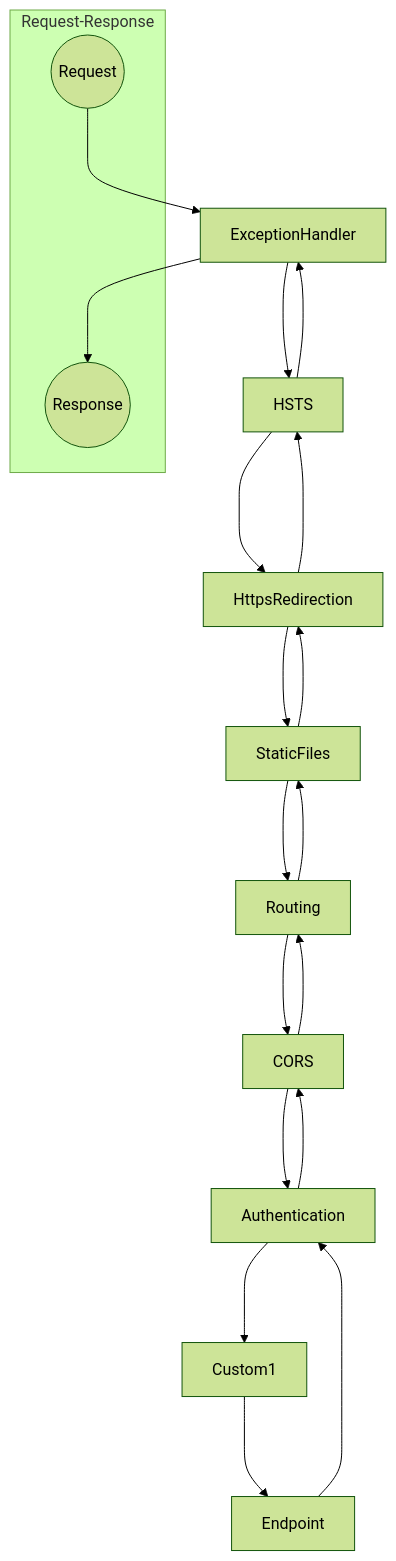
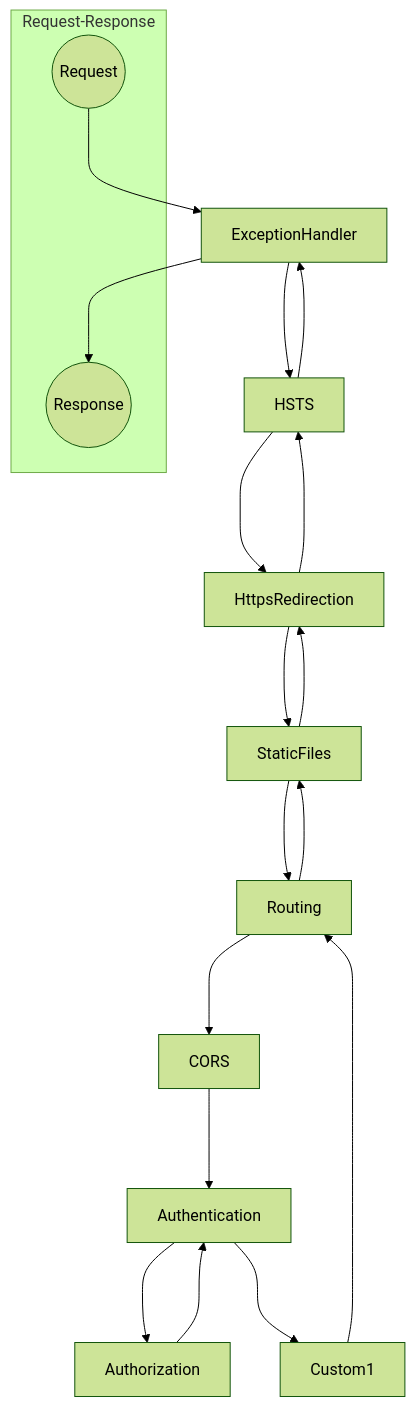
One commit to Rick-Anderson/MiddlewareMermaid changed the diagram in MiddlewareMermaid/d.md. Above: the diagram before and after it, drawn with Mermaid (forest theme).

````diff
--- a/MiddlewareMermaid/d.md
+++ b/MiddlewareMermaid/d.md
@@ -1,28 +1,27 @@
 ```mermaid
 graph TD;
     subgraph Request-Response
         Request((Request))
         Response((Response))
     end
     Request--->ExceptionHandler
     ExceptionHandler--->HSTS
     HSTS--->HttpsRedirection
     HttpsRedirection--->StaticFiles
     StaticFiles--->Routing
     Routing--->CORS
     CORS--->Authentication
+    Authentication--->Authorization
+    Authorization-->Authentication
     Authentication--->Custom1
-    Custom1--->Endpoint
-    Endpoint--->Authentication
-    Authentication--->CORS
-    CORS--->Routing
+    Custom1--->Routing
     Routing--->StaticFiles
     StaticFiles--->HttpsRedirection
     HttpsRedirection--->HSTS
     HSTS--->ExceptionHandler
     ExceptionHandler--->Response
 
 
 
 
 ```
````
